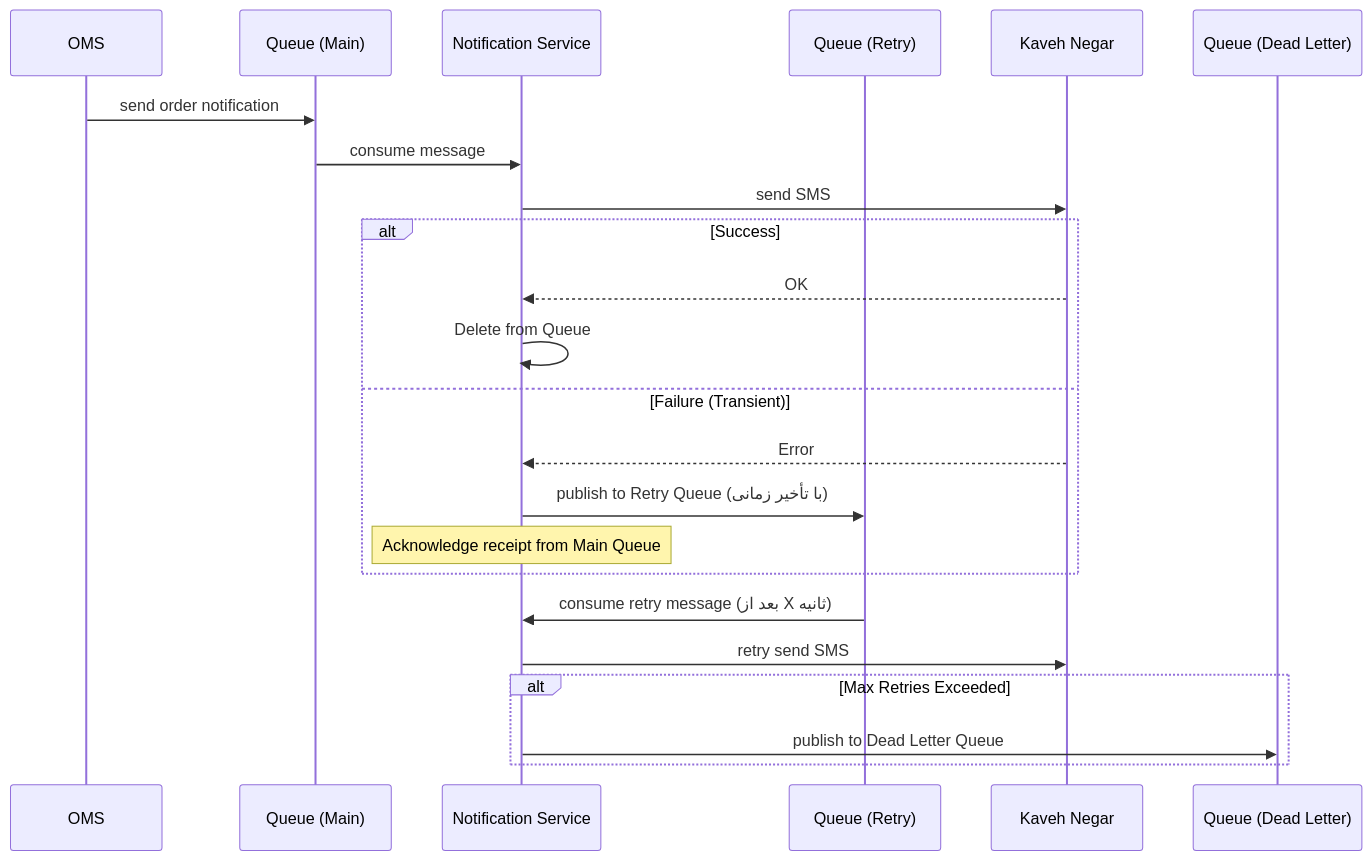
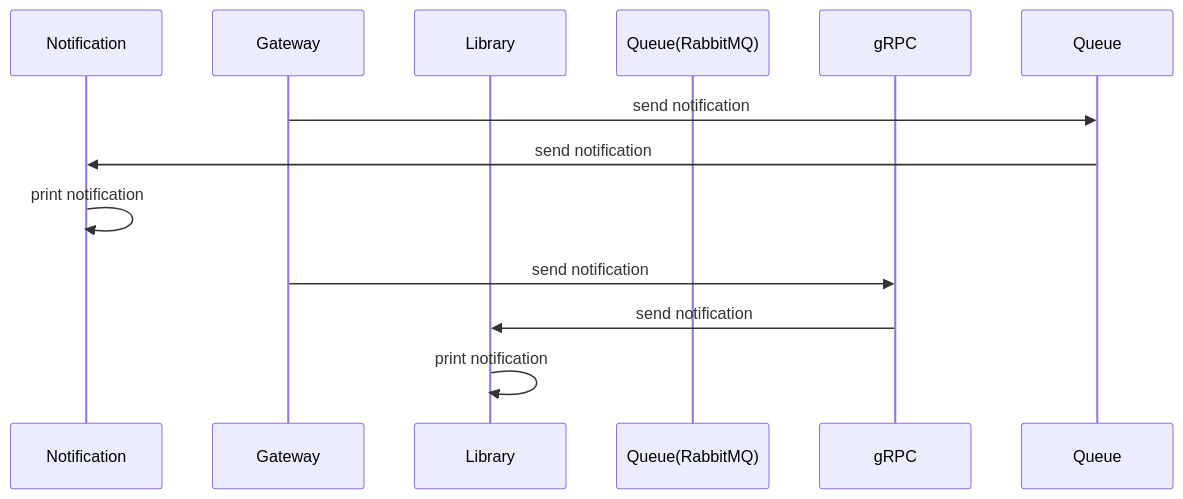
The diagram in docs/database-advanced-version.md (crawler1981/Notification-System), drawn with Mermaid before and after one commit.

Commit message:
docs: replace useless code with actual guidelines

````diff
--- a/docs/database-advanced-version.md
+++ b/docs/database-advanced-version.md
@@ -1,29 +1,16 @@
 ```mermaid
 sequenceDiagram
-    participant OMS
-    participant Q1 as Queue (Main)
-    participant S2 as Notification Service
-    participant Q2 as Queue (Retry)
-    participant K as Kaveh Negar
-    participant Q3 as Queue (Dead Letter)
+    participant Notification
+    participant Gateway
+    participant Library
+    participant Queue(RabbitMQ) 
+    participant gRPC
 
-    OMS ->> Q1: send order notification
-    Q1 ->> S2: consume message
-    S2 ->> K: send SMS
+    Gateway ->> Queue : send notification
+    Queue ->> Notification : send notification
+    Notification ->> Notification : print notification
     
-    alt Success
-        K -->> S2: OK
-        S2 ->> S2: Delete from Queue
-    else Failure (Transient)
-        K -->> S2: Error
-        S2 ->> Q2: publish to Retry Queue (با تأخیر زمانی)
-        Note over S2: Acknowledge receipt from Main Queue
-    end
-    
-    Q2 ->> S2: consume retry message (بعد از X ثانیه)
-    S2 ->> K: retry send SMS
-    
-    alt Max Retries Exceeded
-        S2 ->> Q3: publish to Dead Letter Queue
-    end
+    Gateway ->> gRPC : send notification
+    gRPC ->> Library : send notification
+    Library ->> Library : print notification
 ```
````
